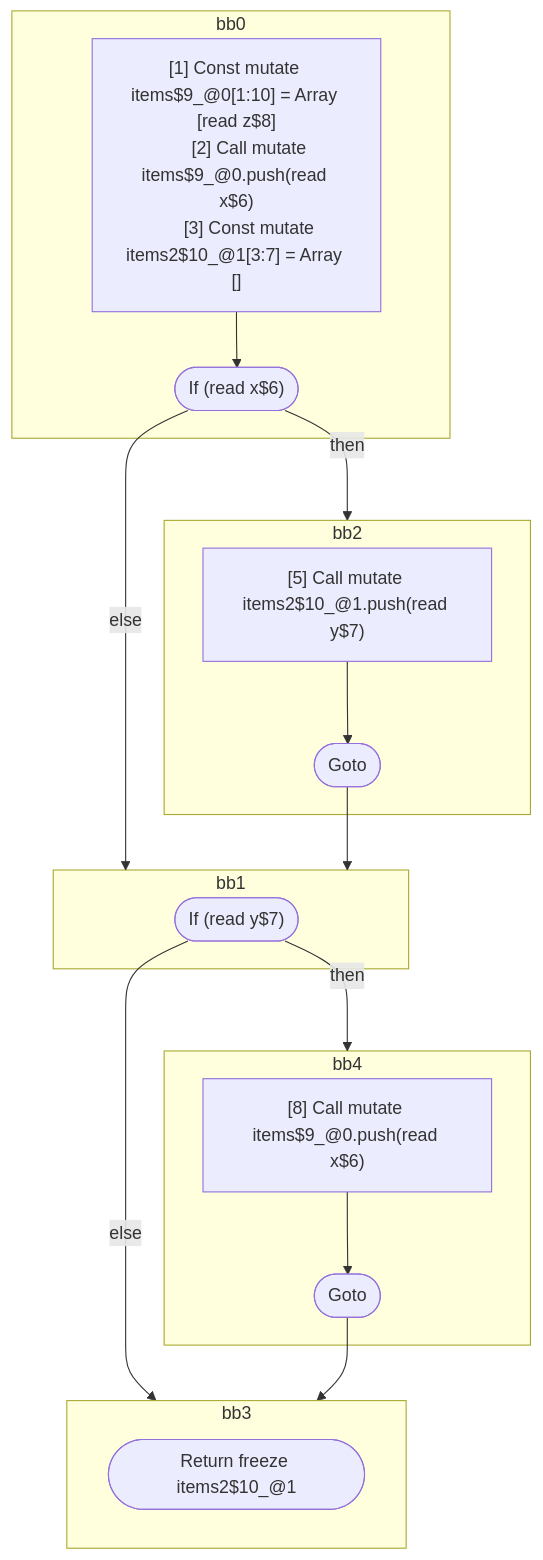
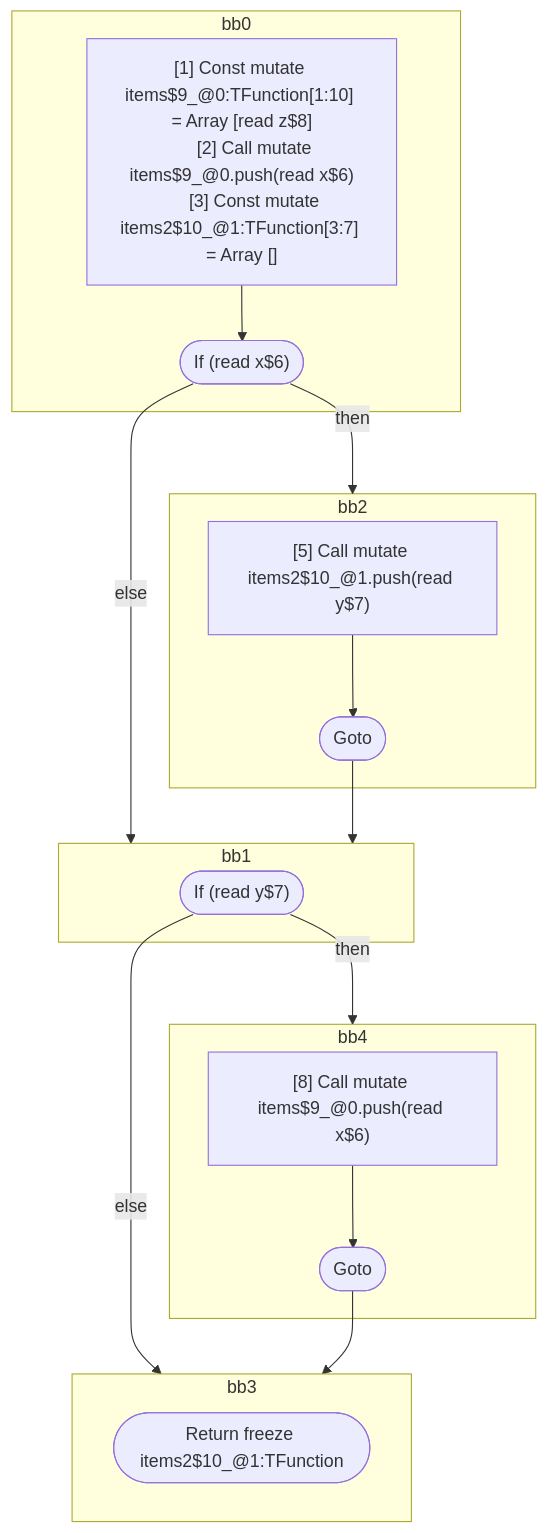
The diagram in compiler/forget/src/__tests__/fixtures/hir/dependencies.expect.md (wutsmog/private), drawn with Mermaid before and after one commit. The commit also changed other lines of this file and 112 other files, not shown here.

````diff
--- a/compiler/forget/src/__tests__/fixtures/hir/dependencies.expect.md
+++ b/compiler/forget/src/__tests__/fixtures/hir/dependencies.expect.md
@@ -83,39 +83,39 @@
 ```mermaid
 flowchart TB
   %% Basic Blocks
   subgraph bb0
     bb0_instrs["
-      [1] Const mutate items$9_@0[1:10] = Array [read z$8]
+      [1] Const mutate items$9_@0:TFunction[1:10] = Array [read z$8]
       [2] Call mutate items$9_@0.push(read x$6)
-      [3] Const mutate items2$10_@1[3:7] = Array []
+      [3] Const mutate items2$10_@1:TFunction[3:7] = Array []
     "]
     bb0_instrs --> bb0_terminal(["If (read x$6)"])
   end
   subgraph bb2
     bb2_instrs["
       [5] Call mutate items2$10_@1.push(read y$7)
     "]
     bb2_instrs --> bb2_terminal(["Goto"])
   end
   subgraph bb1
     bb1_terminal(["If (read y$7)"])
   end
   subgraph bb4
     bb4_instrs["
       [8] Call mutate items$9_@0.push(read x$6)
     "]
     bb4_instrs --> bb4_terminal(["Goto"])
   end
   subgraph bb3
-    bb3_terminal(["Return freeze items2$10_@1"])
+    bb3_terminal(["Return freeze items2$10_@1:TFunction"])
   end
 
   %% Jumps
   bb0_terminal -- "then" --> bb2
   bb0_terminal -- "else" --> bb1
   bb2_terminal --> bb1
   bb1_terminal -- "then" --> bb4
   bb1_terminal -- "else" --> bb3
   bb4_terminal --> bb3
 
 ```
````
